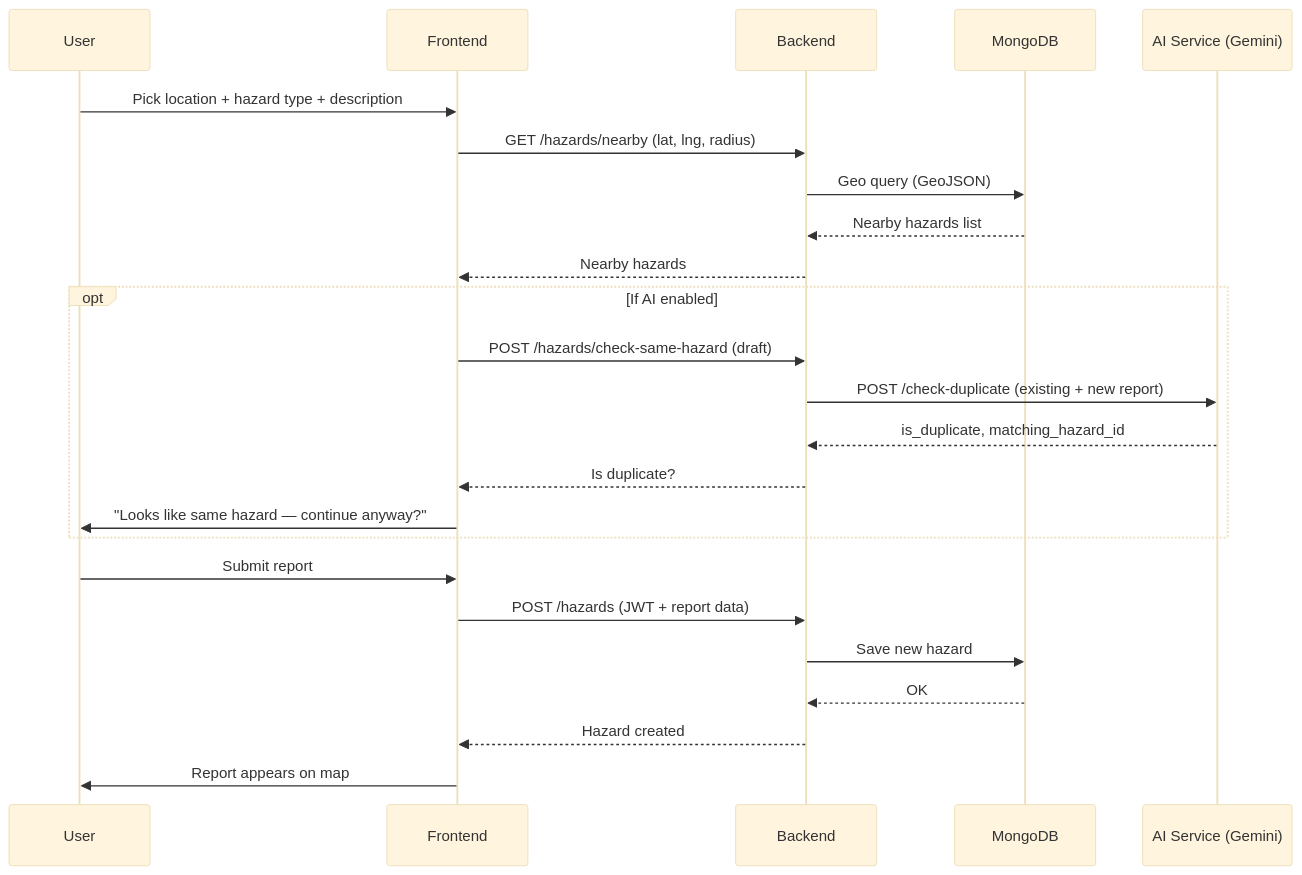
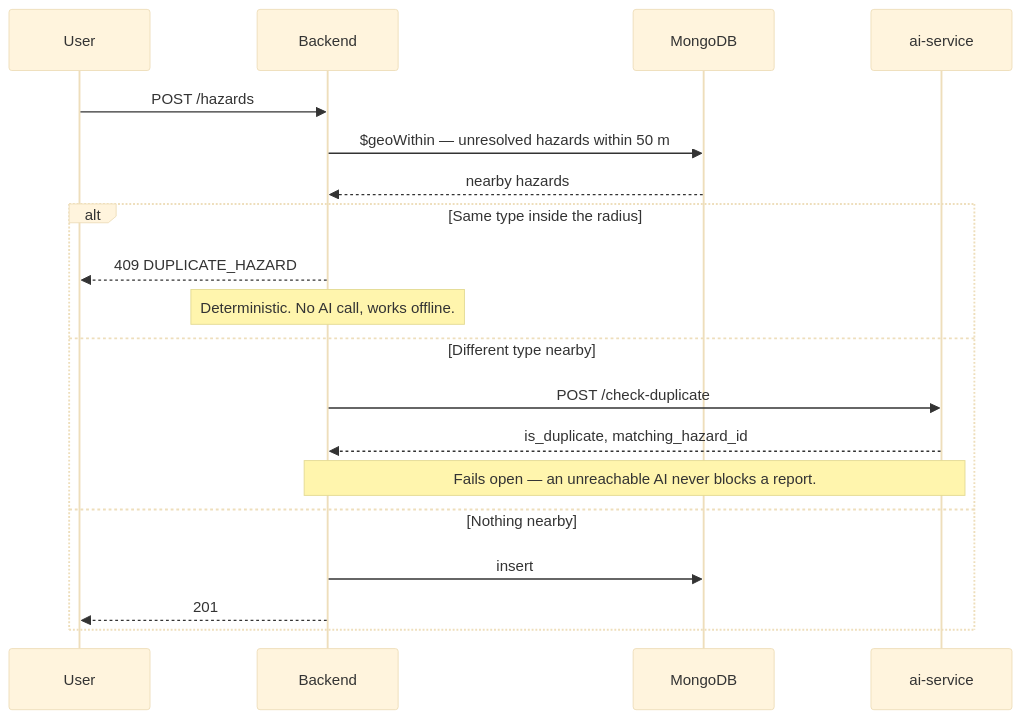
One commit to alon1406/CityScan changed the second of 2 diagrams in README.md. Above: the diagram before and after it, drawn with Mermaid (base theme). The commit also changed other lines of this file, not shown here.

````diff
--- a/README.md
+++ b/README.md
@@ -156,29 +64,23 @@
 ```mermaid
 sequenceDiagram
-    participant User
-    participant FE as Frontend
+    participant U as User
     participant BE as Backend
     participant DB as MongoDB
-    participant AI as AI Service (Gemini)
+    participant AI as ai-service
 
-    User->>FE: Pick location + hazard type + description
-    FE->>BE: GET /hazards/nearby (lat, lng, radius)
-    BE->>DB: Geo query (GeoJSON)
-    DB-->>BE: Nearby hazards list
-    BE-->>FE: Nearby hazards
+    U->>BE: POST /hazards
+    BE->>DB: $geoWithin — unresolved hazards within 50 m
+    DB-->>BE: nearby hazards
 
-    opt If AI enabled
-        FE->>BE: POST /hazards/check-same-hazard (draft)
-        BE->>AI: POST /check-duplicate (existing + new report)
+    alt Same type inside the radius
+        BE-->>U: 409 DUPLICATE_HAZARD
+        Note over BE: Deterministic. No AI call, works offline.
+    else Different type nearby
+        BE->>AI: POST /check-duplicate
         AI-->>BE: is_duplicate, matching_hazard_id
-        BE-->>FE: Is duplicate?
-        FE->>User: "Looks like same hazard — continue anyway?"
+        Note over BE,AI: Fails open — an unreachable AI never blocks a report.
+    else Nothing nearby
+        BE->>DB: insert
+        BE-->>U: 201
     end
-
-    User->>FE: Submit report
-    FE->>BE: POST /hazards (JWT + report data)
-    BE->>DB: Save new hazard
-    DB-->>BE: OK
-    BE-->>FE: Hazard created
-    FE->>User: Report appears on map
 ```
````
